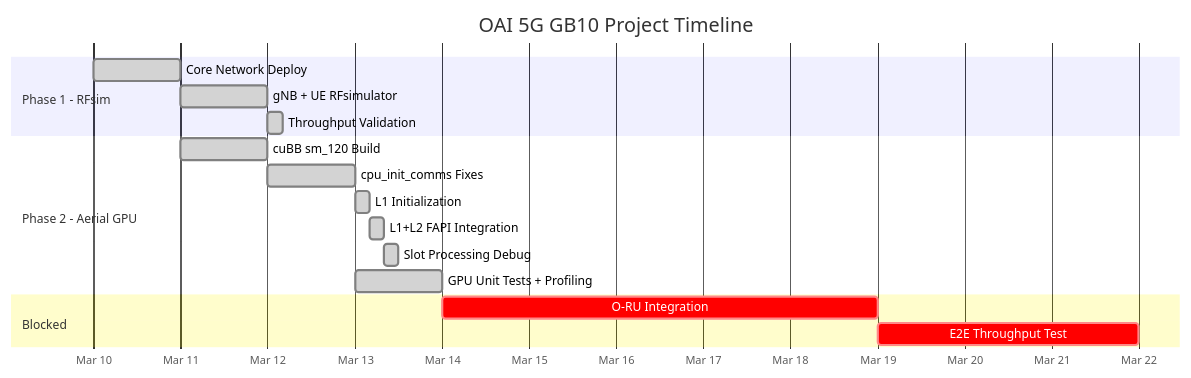
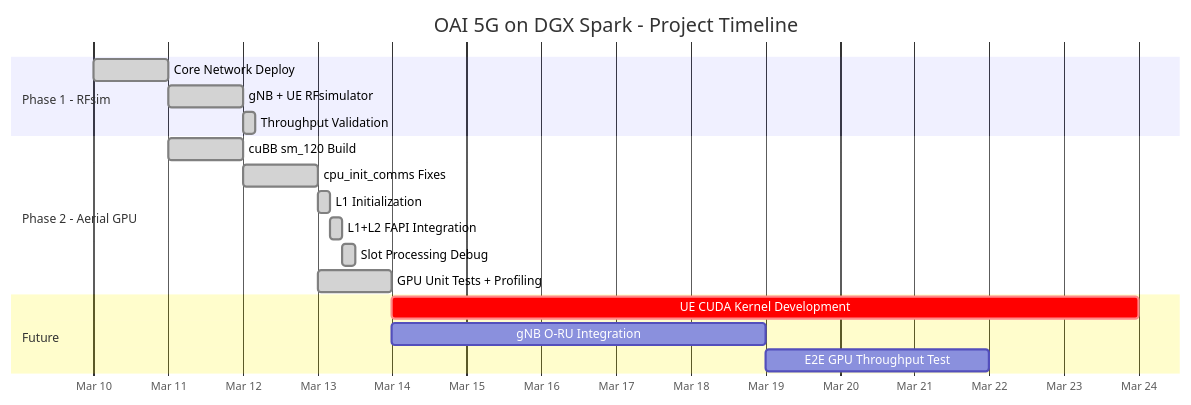
The ninth of 9 diagrams in OAI_5G_GB10_Project_Report.md (AnttiTMTK/Documents), drawn with Mermaid before and after one commit. The commit also changed other lines of this file and 1 other file, not shown here.

First line of the commit message:
docs: reframe report as DGX Spark evaluation for OAI 5G

````diff
--- a/OAI_5G_GB10_Project_Report.md
+++ b/OAI_5G_GB10_Project_Report.md
@@ -528,23 +555,24 @@
 ```mermaid
 gantt
-    title OAI 5G GB10 Project Timeline
+    title OAI 5G on DGX Spark - Project Timeline
     dateFormat YYYY-MM-DD
     axisFormat %b %d
 
     section Phase 1 - RFsim
     Core Network Deploy       :done, p1a, 2026-03-10, 1d
     gNB + UE RFsimulator      :done, p1b, after p1a, 1d
     Throughput Validation      :done, p1c, after p1b, 4h
 
     section Phase 2 - Aerial GPU
     cuBB sm_120 Build          :done, p2a, 2026-03-11, 1d
     cpu_init_comms Fixes       :done, p2b, after p2a, 1d
     L1 Initialization          :done, p2c, after p2b, 4h
     L1+L2 FAPI Integration     :done, p2d, after p2c, 4h
     Slot Processing Debug      :done, p2e, after p2d, 4h
     GPU Unit Tests + Profiling :done, p2f, 2026-03-13, 1d
 
-    section Blocked
-    O-RU Integration           :crit, p3a, after p2f, 5d
-    E2E Throughput Test        :crit, p3b, after p3a, 3d
+    section Future
+    UE CUDA Kernel Development :crit, p3a, after p2f, 10d
+    gNB O-RU Integration       :p3b, after p2f, 5d
+    E2E GPU Throughput Test     :p3c, after p3b, 3d
 ```
````
